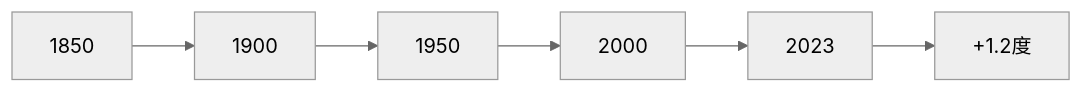
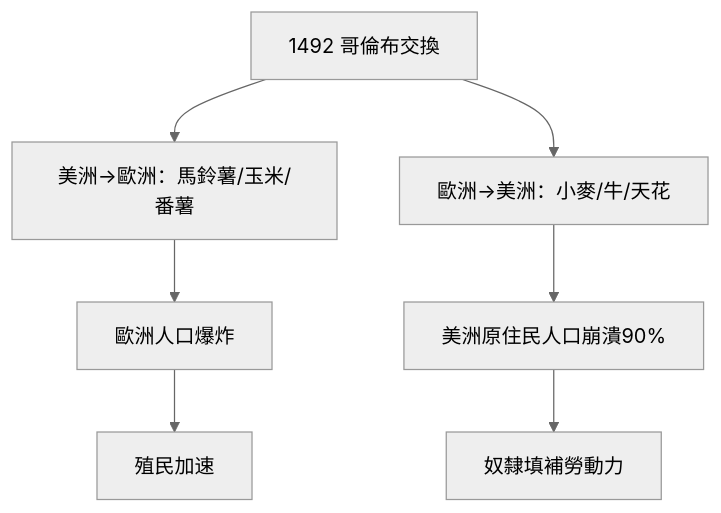
One commit to yip-lgtm/HKU-Harvard-History-Self-Study changed the second of 10 diagrams in 01_HKU_Courses/HIST2215_Global_Environmental_History.md. Above: the diagram before and after it, drawn with Mermaid (neutral theme). The commit also changed other lines of this file and 15 other files, not shown here.

````diff
--- a/01_HKU_Courses/HIST2215_Global_Environmental_History.md
+++ b/01_HKU_Courses/HIST2215_Global_Environmental_History.md
@@ -106,8 +168,9 @@
 ```mermaid
-graph LR
-    A[1850] --> B[1900]
-    B --> C[1950]
-    C --> D[2000]
-    D --> E[2023]
-    E --> F[+1.2度]
+flowchart TD
+    A[1492 哥倫布交換] --> B[美洲→歐洲：馬鈴薯/玉米/番薯]
+    A --> C[歐洲→美洲：小麥/牛/天花]
+    B --> D[歐洲人口爆炸]
+    C --> E[美洲原住民人口崩潰90%]
+    D --> F[殖民加速]
+    E --> G[奴隸填補勞動力]
 ```
````
